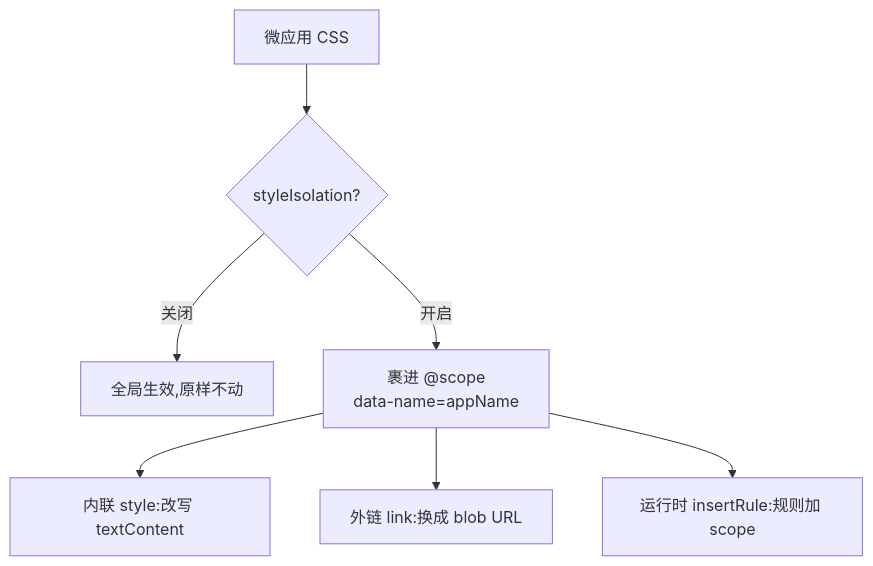
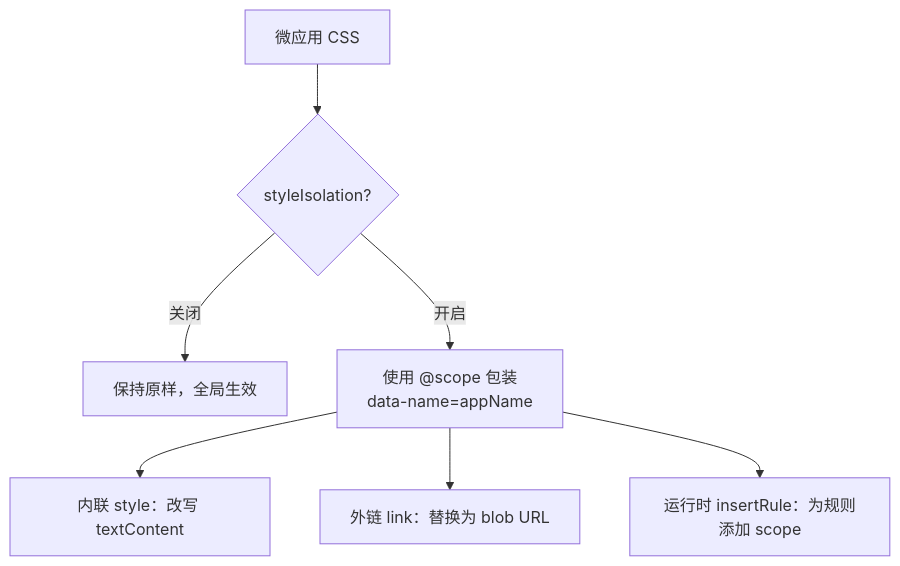
One commit to umijs/qiankun changed the diagram in docs/zh-CN/internals/style-isolation.md. Above: the diagram before and after it, drawn with Mermaid. The commit also changed other lines of this file and 66 other files, not shown here.

````diff
--- a/docs/zh-CN/internals/style-isolation.md
+++ b/docs/zh-CN/internals/style-isolation.md
@@ -23,9 +23,9 @@
 ```mermaid
 flowchart TD
   A["微应用 CSS"] --> B{"styleIsolation?"}
-  B -- 关闭 --> C["全局生效,原样不动"]
-  B -- 开启 --> D["裹进 @scope<br/>data-name=appName"]
-  D --> E["内联 style:改写 textContent"]
-  D --> F["外链 link:换成 blob URL"]
-  D --> G["运行时 insertRule:规则加 scope"]
+  B -- 关闭 --> C["保持原样，全局生效"]
+  B -- 开启 --> D["使用 @scope 包装<br/>data-name=appName"]
+  D --> E["内联 style：改写 textContent"]
+  D --> F["外链 link：替换为 blob URL"]
+  D --> G["运行时 insertRule：为规则添加 scope"]
 ```
````
